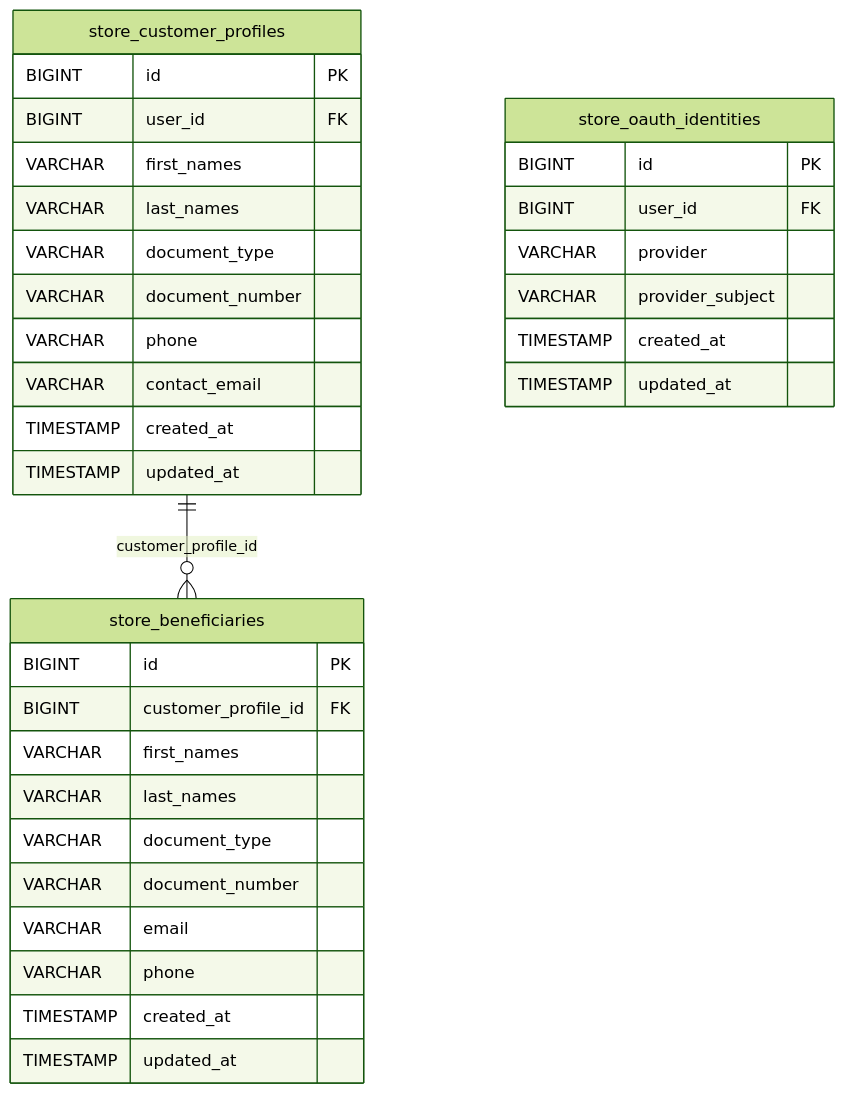
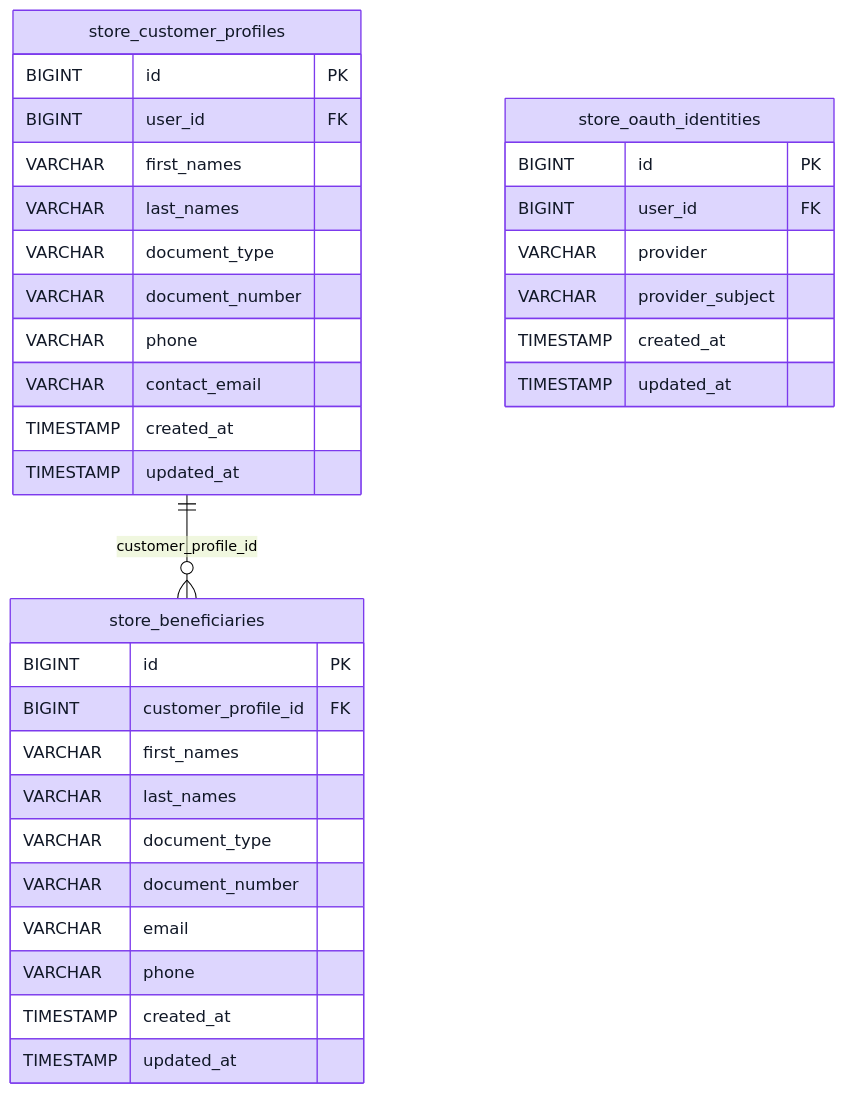
The diagram in docs/modelo-datos/identidad.md (JIMMY1012102/UNDC-Pagos-Posgrado), drawn with Mermaid (forest theme) before and after one commit.

Commit message:
docs(db): paleta funcional para diagrama identidad

````diff
--- a/docs/modelo-datos/identidad.md
+++ b/docs/modelo-datos/identidad.md
@@ -3,36 +3,39 @@
 ```mermaid
 erDiagram
   store_customer_profiles {
 BIGINT id PK
 BIGINT user_id FK
 VARCHAR first_names
 VARCHAR last_names
 VARCHAR document_type
 VARCHAR document_number
 VARCHAR phone
 VARCHAR contact_email
 TIMESTAMP created_at
 TIMESTAMP updated_at
   }
   store_oauth_identities {
 BIGINT id PK
 BIGINT user_id FK
 VARCHAR provider
 VARCHAR provider_subject
 TIMESTAMP created_at
 TIMESTAMP updated_at
   }
   store_beneficiaries {
 BIGINT id PK
 BIGINT customer_profile_id FK
 VARCHAR first_names
 VARCHAR last_names
 VARCHAR document_type
 VARCHAR document_number
 VARCHAR email
 VARCHAR phone
 TIMESTAMP created_at
 TIMESTAMP updated_at
   }
   store_customer_profiles ||--o{ store_beneficiaries : "customer_profile_id"
+  style store_customer_profiles fill:#DDD6FE,stroke:#7C3AED,color:#111827
+  style store_oauth_identities fill:#DDD6FE,stroke:#7C3AED,color:#111827
+  style store_beneficiaries fill:#DDD6FE,stroke:#7C3AED,color:#111827
 ```
````
